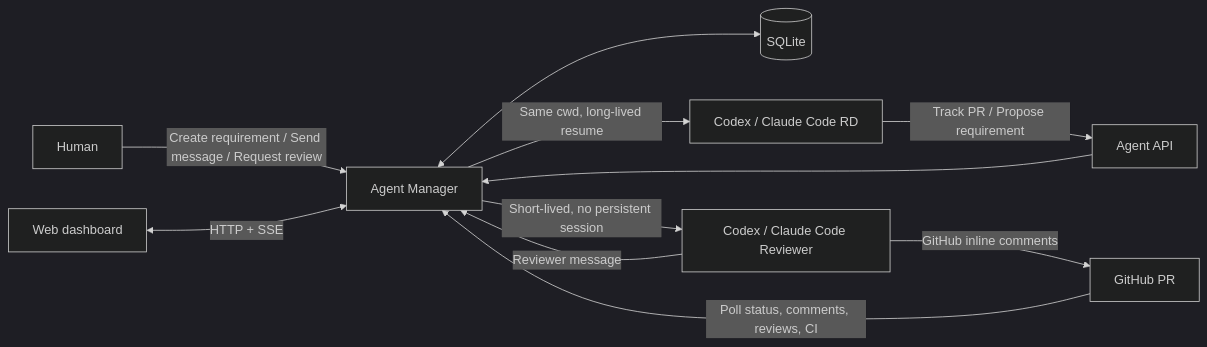
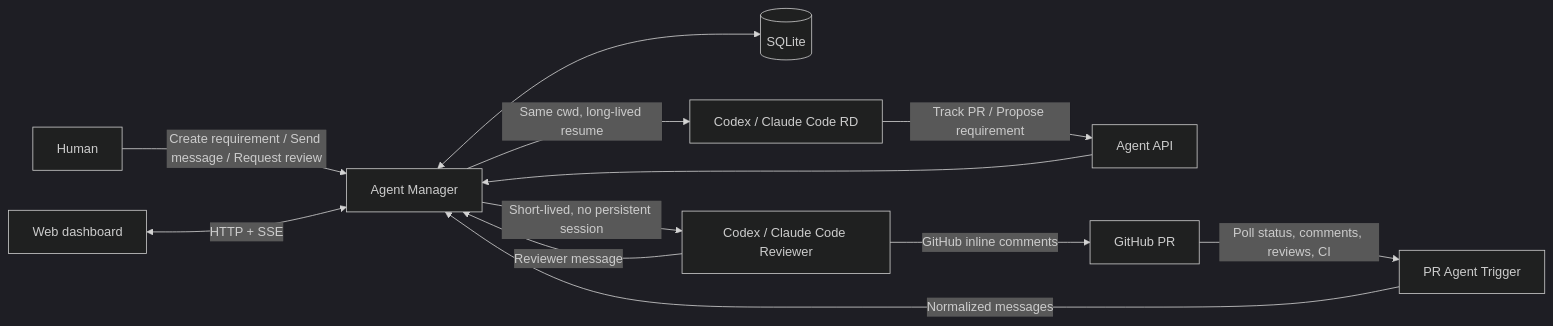
Before and after one commit to luohaha/code-factory: the second of 2 diagrams in docs/architecture.en.md, drawn with Mermaid (dark theme). The commit also changed other lines of this file and 12 other files, not shown here.

```diff
--- a/docs/architecture.en.md
+++ b/docs/architecture.en.md
@@ -29,13 +29,14 @@
 ~~~mermaid
 flowchart LR
   H[Human] -->|Create requirement / Send message / Request review| M[Agent Manager]
   W[Web dashboard] <-->|HTTP + SSE| M
   M <--> DB[(SQLite)]
   M -->|Same cwd, long-lived resume| RD[Codex / Claude Code RD]
   M -->|Short-lived, no persistent session| RV[Codex / Claude Code Reviewer]
   RD -->|Track PR / Propose requirement| API[Agent API]
   API --> M
   RV -->|GitHub inline comments| GH[GitHub PR]
-  GH -->|Poll status, comments, reviews, CI| M
+  GH -->|Poll status, comments, reviews, CI| T[PR Agent Trigger]
+  T -->|Normalized messages| M
   RV -->|Reviewer message| M
 ~~~
```
